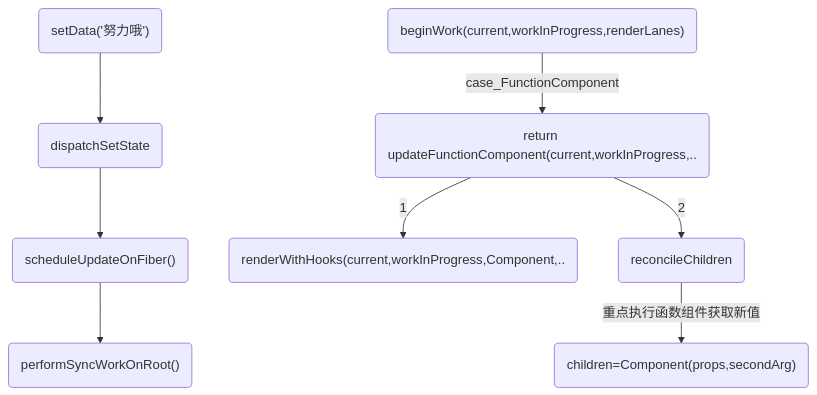
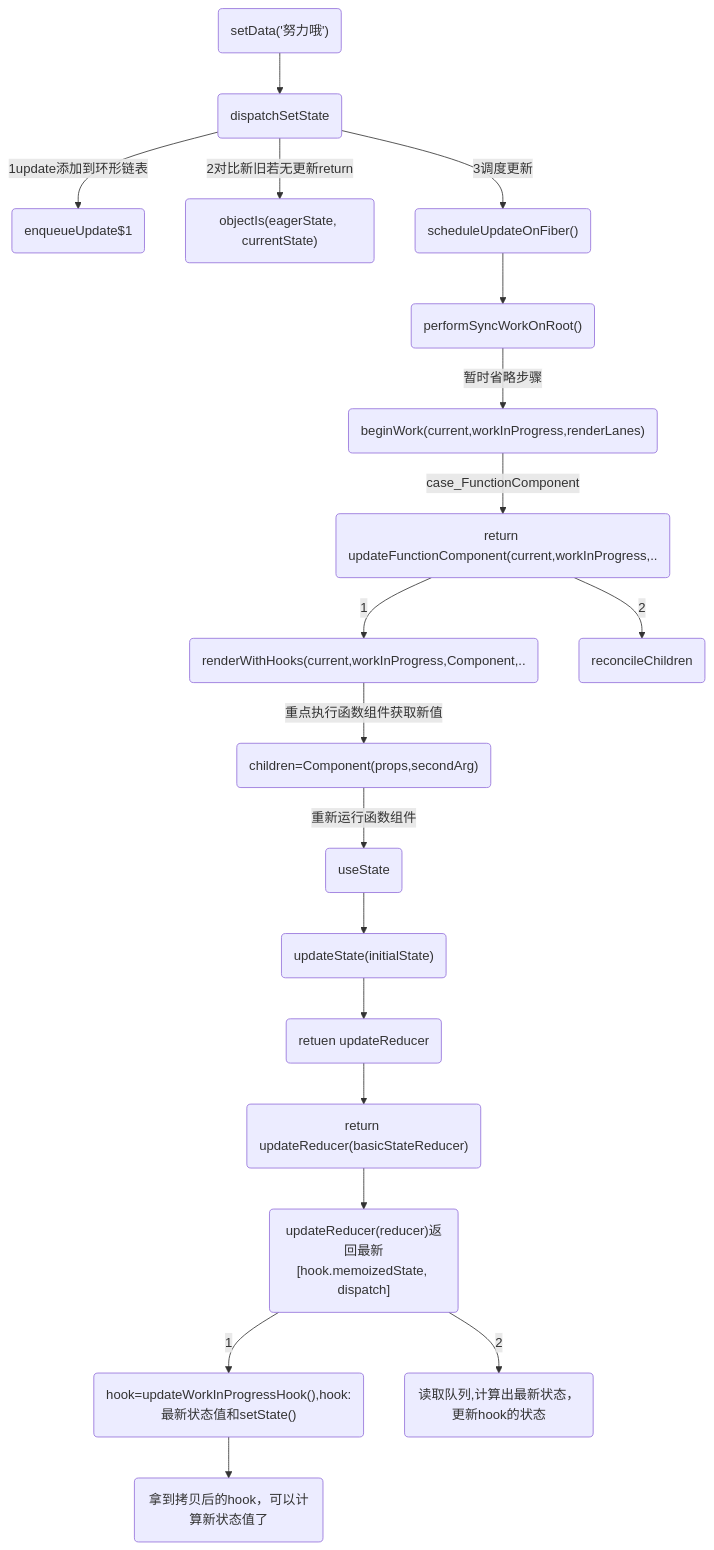
One commit to huiruo/programming-technology changed the third of 3 diagrams in A-React/02-2-hooks-setState.md. Above: the diagram before and after it, drawn with Mermaid. The commit also changed other lines of this file and 4 other files, not shown here.

````diff
--- a/A-React/02-2-hooks-setState.md
+++ b/A-React/02-2-hooks-setState.md
@@ -64,9 +39,22 @@
 ```mermaid
 flowchart TD
-A1("setData('努力哦')")-->a1(dispatchSetState)-->a2("scheduleUpdateOnFiber()")-->a3("performSyncWorkOnRoot()")
+A1("setData('努力哦')")-->a1(dispatchSetState)
+
+
+a1--1update添加到环形链表-->a1a("enqueueUpdate$1")
+a1--2对比新旧若无更新return-->a2a("objectIs(eagerState, currentState)")
+a1--3调度更新-->a2("scheduleUpdateOnFiber()")-->a3("performSyncWorkOnRoot()")--暂时省略步骤-->b1
 
 b1("beginWork(current,workInProgress,renderLanes)")--case_FunctionComponent-->b2("return updateFunctionComponent(current,workInProgress,..")
 b2--1-->b3("renderWithHooks(current,workInProgress,Component,..")
 
-b2--2-->b4("reconcileChildren")--重点执行函数组件获取新值-->b5("children=Component(props,secondArg)")
+b2--2-->b4("reconcileChildren")
+
+b3--重点执行函数组件获取新值-->b5("children=Component(props,secondArg)")
+
+b5--重新运行函数组件-->b6(useState)-->b7("updateState(initialState)")-->b8("retuen updateReducer")-->b9("return updateReducer(basicStateReducer)")
+
+b9-->b10("updateReducer(reducer)返回最新[hook.memoizedState, dispatch]")
+b10--1-->b11("hook=updateWorkInProgressHook(),hook:最新状态值和setState()")-->b13("拿到拷贝后的hook，可以计算新状态值了")
+b10--2-->b12("读取队列,计算出最新状态，更新hook的状态")
 ```
````
